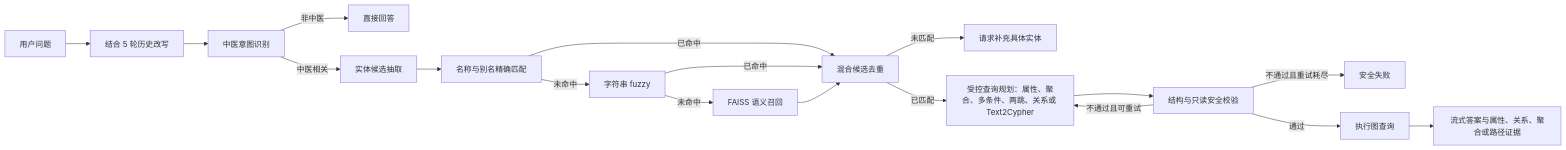
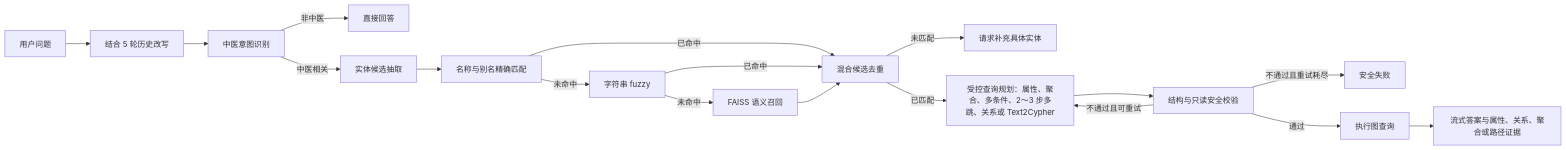
The diagram in docs/graph_qa/README.md (zhongzubin/Chinese_medicine_knowledgegraph), drawn with Mermaid before and after one commit. The commit also changed other lines of this file and 11 other files, not shown here.

````diff
--- a/docs/graph_qa/README.md
+++ b/docs/graph_qa/README.md
@@ -85,20 +118,20 @@
 ```mermaid
 flowchart LR
     A[用户问题] --> B[结合 5 轮历史改写]
     B --> C[中医意图识别]
     C -->|非中医| D[直接回答]
     C -->|中医相关| E[实体候选抽取]
     E --> F[名称与别名精确匹配]
     F -->|未命中| F2[字符串 fuzzy]
     F2 -->|未命中| G[FAISS 语义召回]
     F -->|已命中| H[混合候选去重]
     F2 -->|已命中| H
     G --> H
     H -->|未匹配| I[请求补充具体实体]
-    H -->|已匹配| J[受控查询规划：属性、聚合、多条件、两跳、关系或 Text2Cypher]
+    H -->|已匹配| J[受控查询规划：属性、聚合、多条件、2～3 步多跳、关系或 Text2Cypher]
     J --> K[结构与只读安全校验]
     K -->|不通过且可重试| J
     K -->|不通过且重试耗尽| L[安全失败]
     K -->|通过| M[执行图查询]
     M --> N[流式答案与属性、关系、聚合或路径证据]
 ```
````
